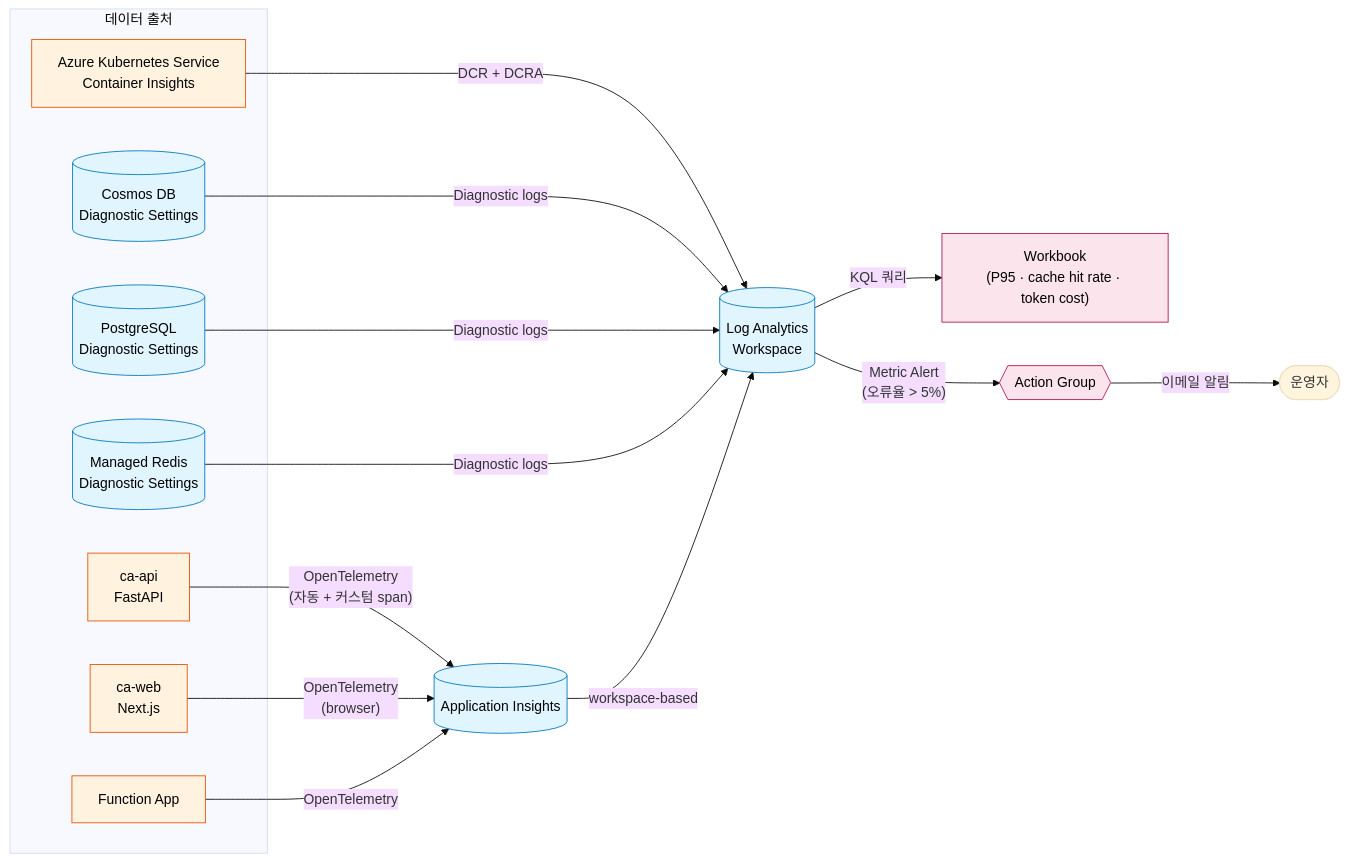
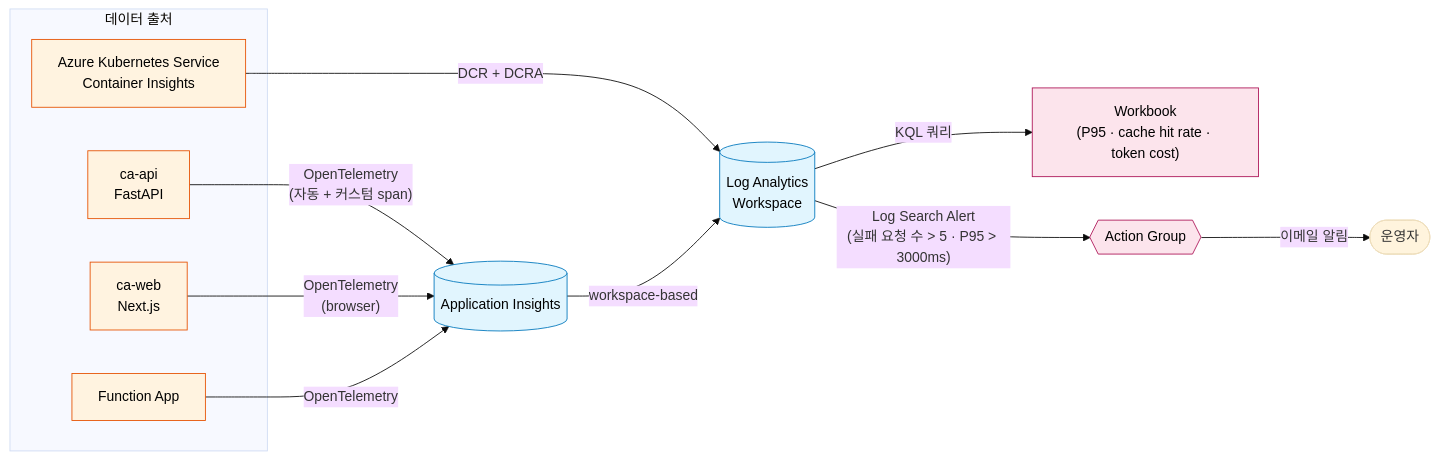
Before and after one commit to krsy0411/azure-ai-200-certification-challenge: the fifth of 5 diagrams in docs/architecture.md, drawn with Mermaid (base theme). The commit also changed other lines of this file and 7 other files, not shown here.

````diff
--- a/docs/architecture.md
+++ b/docs/architecture.md
@@ -236,34 +236,28 @@
 ```mermaid
 flowchart LR
   subgraph Sources[데이터 출처]
     Api["ca-api<br/>FastAPI"]
     Web["ca-web<br/>Next.js"]
     Func["Function App"]
     Aks["Azure Kubernetes Service<br/>Container Insights"]
-    Cosmos[("Cosmos DB<br/>Diagnostic Settings")]
-    Pg[("PostgreSQL<br/>Diagnostic Settings")]
-    Redis[("Managed Redis<br/>Diagnostic Settings")]
   end
 
   Api -- "OpenTelemetry<br/>(자동 + 커스텀 span)" --> AppI
   Web -- "OpenTelemetry<br/>(browser)" --> AppI
   Func -- "OpenTelemetry" --> AppI
   Aks -- "DCR + DCRA" --> Law
-  Cosmos -- "Diagnostic logs" --> Law
-  Pg -- "Diagnostic logs" --> Law
-  Redis -- "Diagnostic logs" --> Law
 
   AppI[("Application Insights")] -- "workspace-based" --> Law[("Log Analytics<br/>Workspace")]
 
   Law -- "KQL 쿼리" --> Wb["Workbook<br/>(P95 · cache hit rate · token cost)"]
-  Law -- "Metric Alert<br/>(오류율 > 5%)" --> AG{{"Action Group"}}
+  Law -- "Log Search Alert<br/>(실패 요청 수 > 5 · P95 > 3000ms)" --> AG{{"Action Group"}}
   AG -- "이메일 알림" --> Op(["운영자"])
 
   classDef compute fill:#fff3e0,stroke:#e65100,color:#000
   classDef store fill:#e1f5fe,stroke:#0277bd,color:#000
   classDef obs fill:#fce4ec,stroke:#ad1457,color:#000
 
   class Api,Web,Func,Aks compute
-  class Cosmos,Pg,Redis,AppI,Law store
+  class AppI,Law store
   class Wb,AG obs
 ```
````
